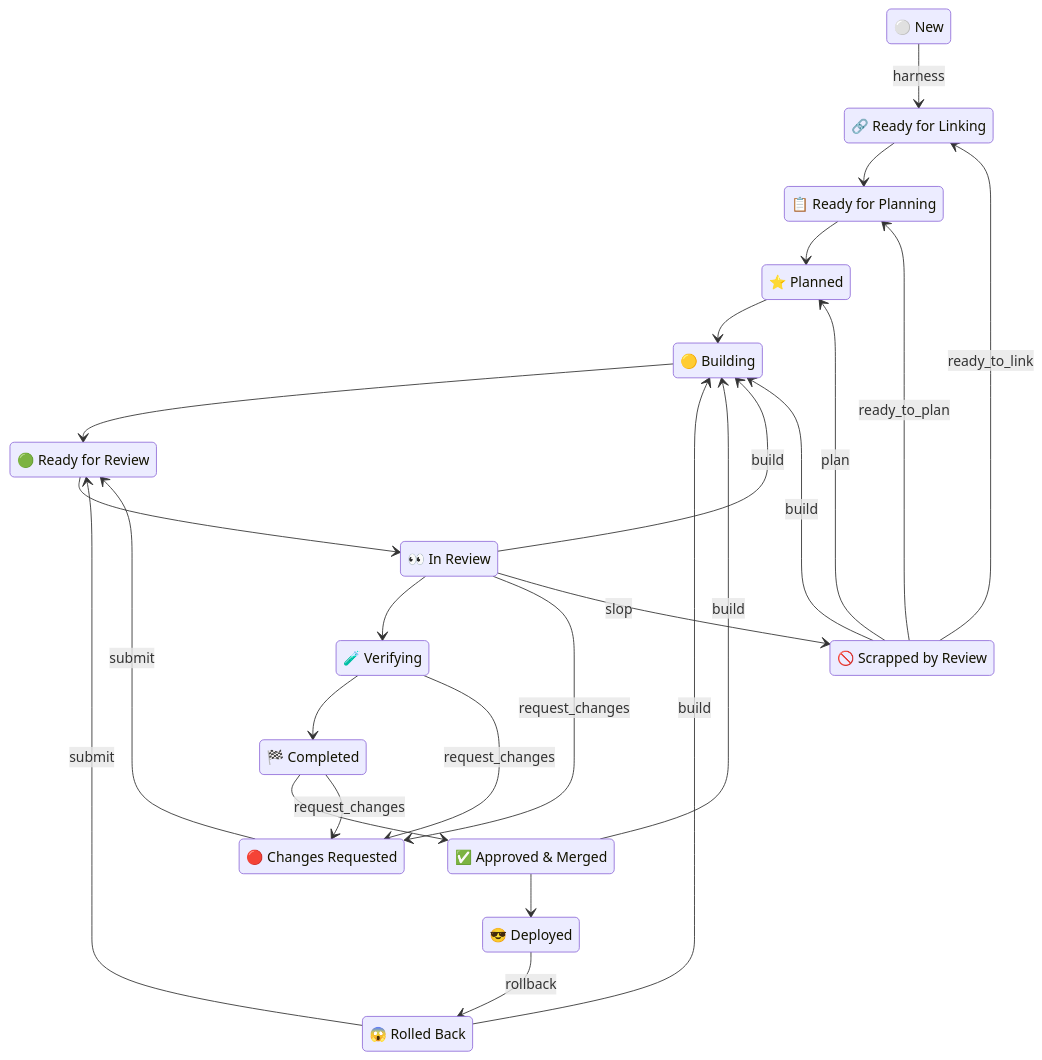
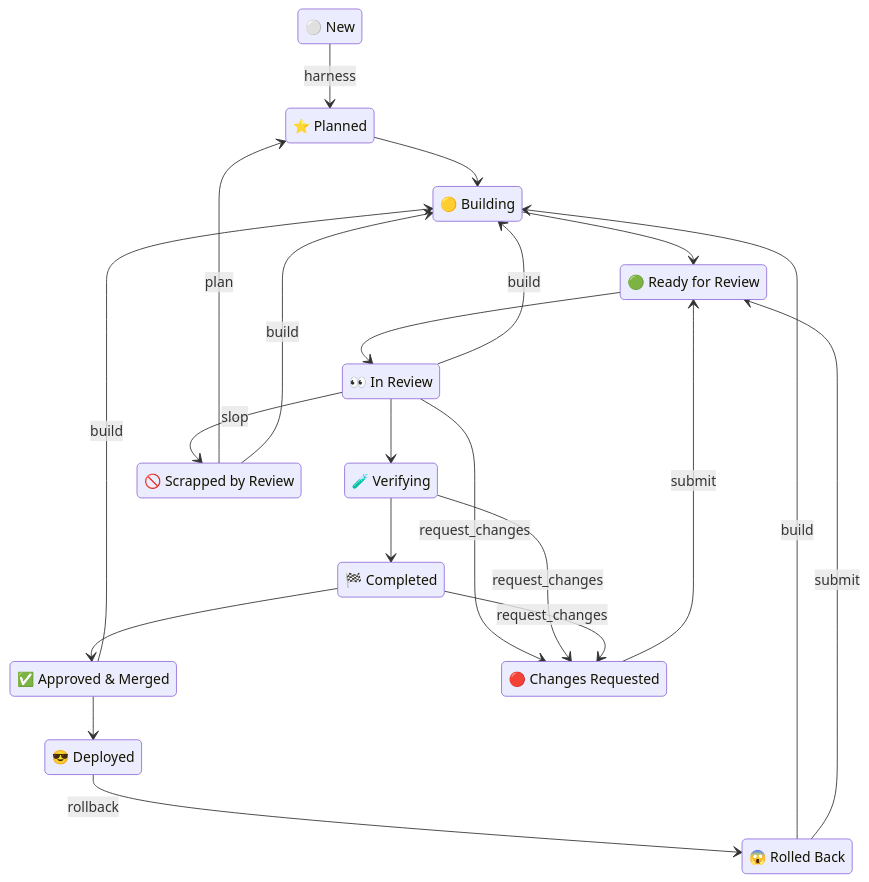
The sixth of 7 diagrams in docs/WORKFLOW.md (kigster/openlanes), drawn with Mermaid before and after one commit. The commit also changed other lines of this file and 1 other file, not shown here.

Commit message:
Regenerate WORKFLOW.md without the linking step

````diff
--- a/docs/WORKFLOW.md
+++ b/docs/WORKFLOW.md
@@ -268,48 +254,42 @@
 ```mermaid
 ---
 config:
 layout: dagre
 theme: redux-color
 ---
 stateDiagram-v2
   direction TB
   new : ⚪ New
-  ready_for_linking : 🔗 Ready for Linking
-  ready_for_planning : 📋 Ready for Planning
   planned : ⭐ Planned
   building : 🟡 Building
   ready_for_review : 🟢 Ready for Review
   in_review : 👀 In Review
   verifying : 🧪 Verifying
   completed : 🏁 Completed
   approved : ✅ Approved & Merged
   deployed : 😎 Deployed
   rejected : 🔴 Changes Requested
   rolled_back : 😱 Rolled Back
   rewrite : 🚫 Scrapped by Review
 
-  new --> ready_for_linking : harness
-  ready_for_linking --> ready_for_planning
-  ready_for_planning --> planned
+  new --> planned : harness
   planned --> building
   building --> ready_for_review
   ready_for_review --> in_review
   in_review --> verifying
   verifying --> completed
   completed --> approved
   approved --> deployed
   in_review --> building : build
   in_review --> rejected : request_changes
   in_review --> rewrite : slop
   verifying --> rejected : request_changes
   completed --> rejected : request_changes
   approved --> building : build
   deployed --> rolled_back : rollback
   rejected --> ready_for_review : submit
   rolled_back --> building : build
   rolled_back --> ready_for_review : submit
-  rewrite --> ready_for_linking : ready_to_link
-  rewrite --> ready_for_planning : ready_to_plan
   rewrite --> planned : plan
   rewrite --> building : build
 ```
````
